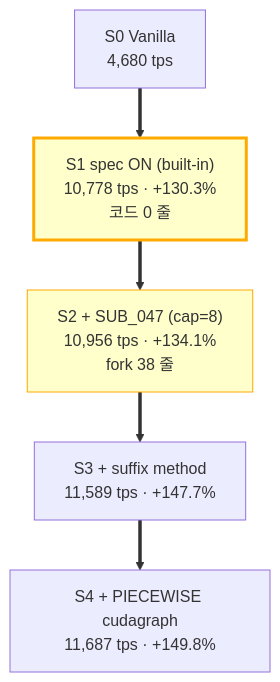
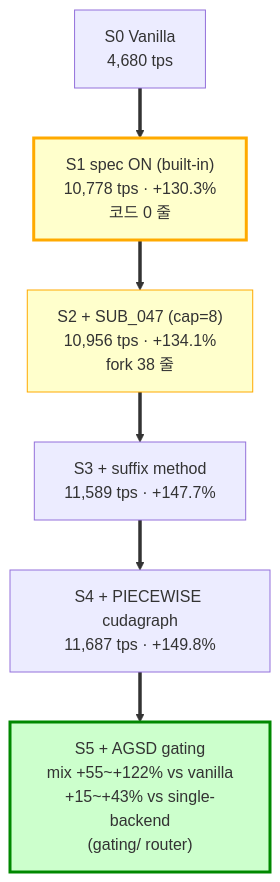
Before and after one commit to mystous/vllm_hybrid: the diagram in vllm_config_perf/README.md, drawn with Mermaid. The commit also changed other lines of this file and 23 other files, not shown here.

First line of the commit message:
docs+code(vllm_config_perf/gating): AGSD 라우터 서브시스템 + production-ready 재구성

````diff
--- a/vllm_config_perf/README.md
+++ b/vllm_config_perf/README.md
@@ -23,11 +24,13 @@
 ```mermaid
 flowchart TB
     S0["S0 Vanilla<br/>4,680 tps"]
     S1["S1 spec ON (built-in)<br/>10,778 tps · +130.3%<br/>코드 0 줄"]
     S2["S2 + SUB_047 (cap=8)<br/>10,956 tps · +134.1%<br/>fork 38 줄"]
     S3["S3 + suffix method<br/>11,589 tps · +147.7%"]
     S4["S4 + PIECEWISE cudagraph<br/>11,687 tps · +149.8%"]
-    S0 ==> S1 ==> S2 ==> S3 ==> S4
+    S5["S5 + AGSD gating<br/>mix +55~+122% vs vanilla<br/>+15~+43% vs single-backend<br/>(gating/ router)"]
+    S0 ==> S1 ==> S2 ==> S3 ==> S4 ==> S5
     style S1 fill:#FFC,stroke:#FA0,stroke-width:3px
     style S2 fill:#FFC,stroke:#FA0,stroke-width:1px
+    style S5 fill:#CFC,stroke:#080,stroke-width:3px
 ```
````
